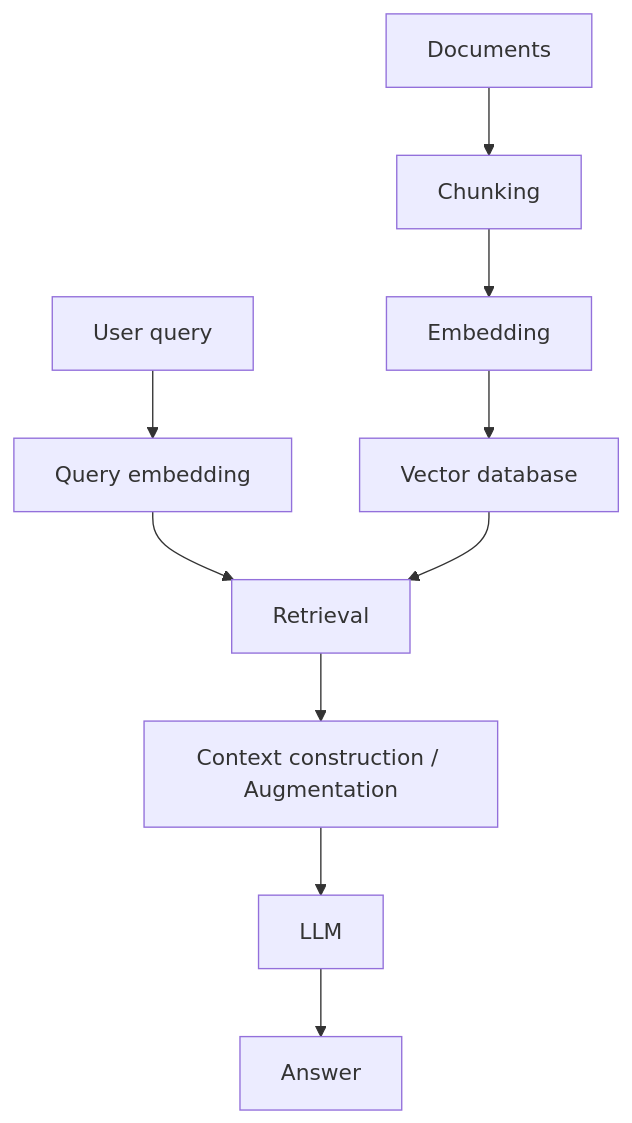
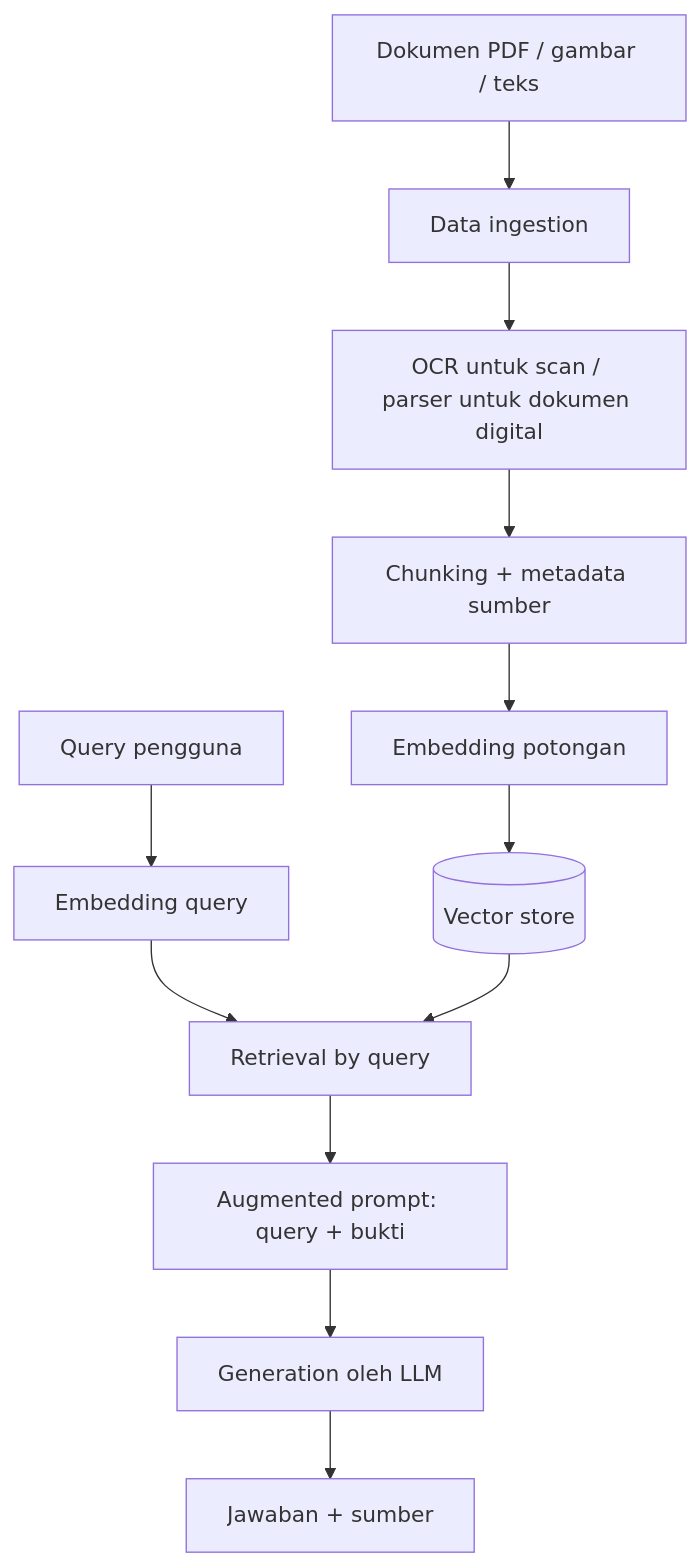
One commit to Dzoel31/learning changed the first of 2 diagrams in docs/ai/ai-systems/rag.md. Above: the diagram before and after it, drawn with Mermaid. The commit also changed other lines of this file and 47 other files, not shown here.

````diff
--- a/docs/ai/ai-systems/rag.md
+++ b/docs/ai/ai-systems/rag.md
@@ -21,12 +11,14 @@
 ```mermaid
 flowchart TD
-    A[Documents] --> B[Chunking]
-    B --> C[Embedding]
-    C --> D[Vector database]
-    E[User query] --> F[Query embedding]
-    F --> G[Retrieval]
-    D --> G
-    G --> H[Context construction / Augmentation]
-    H --> I[LLM]
-    I --> J[Answer]
+    A[Dokumen PDF / gambar / teks] --> B[Data ingestion]
+    B --> C[OCR untuk scan / parser untuk dokumen digital]
+    C --> D[Chunking + metadata sumber]
+    D --> E[Embedding potongan]
+    E --> F[(Vector store)]
+    Q[Query pengguna] --> QE[Embedding query]
+    QE --> R[Retrieval by query]
+    F --> R
+    R --> A2[Augmented prompt: query + bukti]
+    A2 --> G[Generation oleh LLM]
+    G --> H[Jawaban + sumber]
 ```
````
